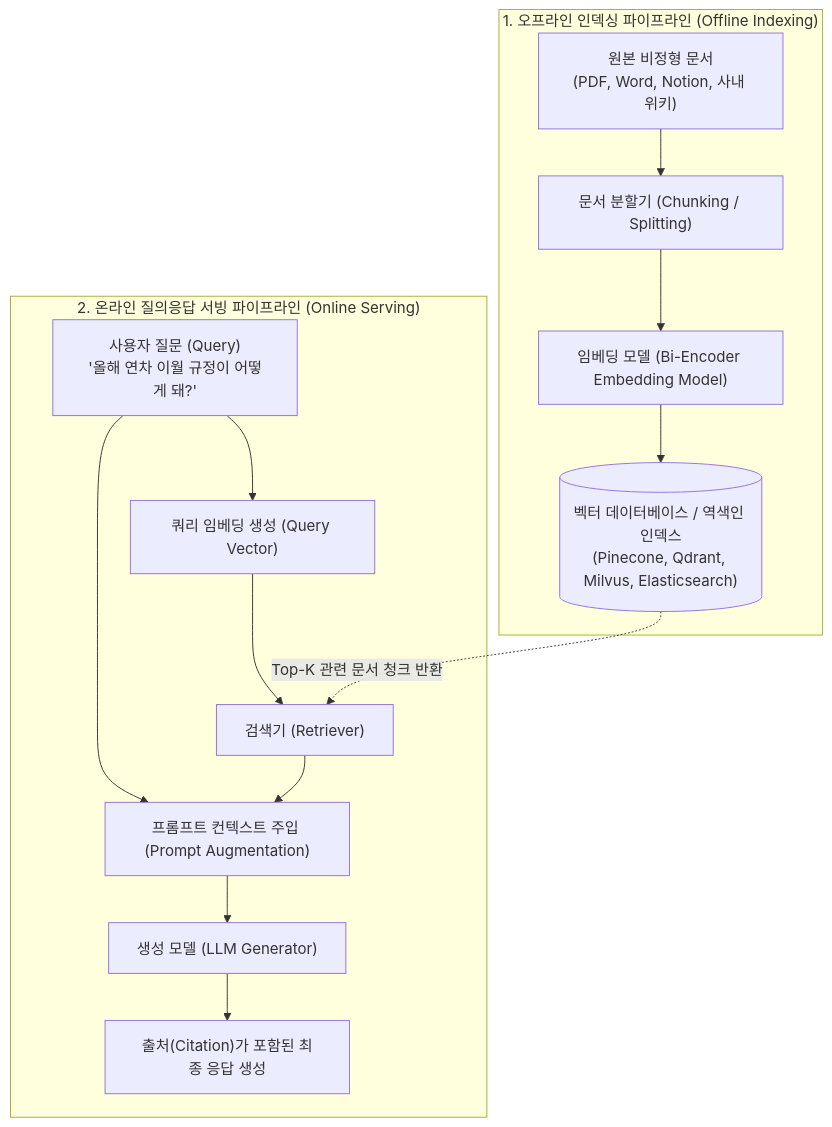
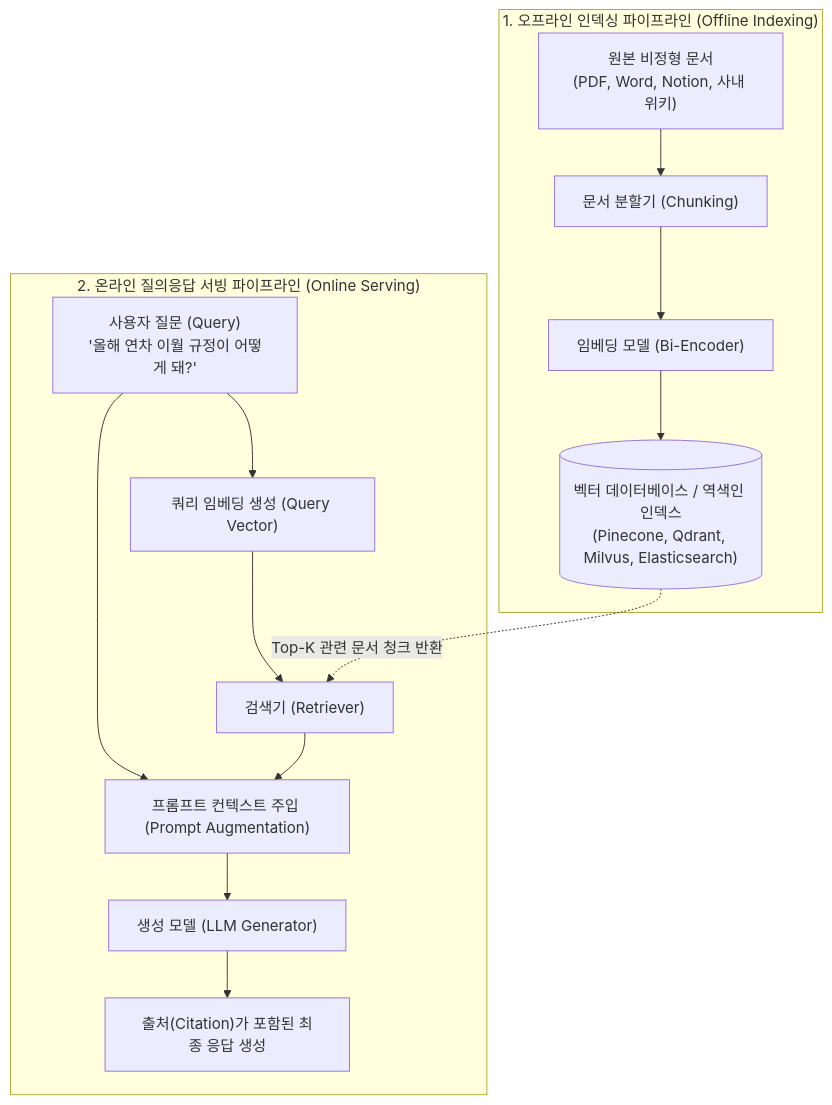
Before and after one commit to sing-u8/AI-Engineering: the first of 3 diagrams in chapter-qa/ch06-rag-and-agents-qa/01-rag-architecture-and-retrieval-algorithms.md, drawn with Mermaid. The commit also changed other lines of this file, not shown here.

Commit message:
docs(ch06): enrich RAG architecture and retrieval algorithms with complete book formulas, PQ, and benchmarks

````diff
--- a/chapter-qa/ch06-rag-and-agents-qa/01-rag-architecture-and-retrieval-algorithms.md
+++ b/chapter-qa/ch06-rag-and-agents-qa/01-rag-architecture-and-retrieval-algorithms.md
@@ -54,18 +69,18 @@
 ```mermaid
 flowchart TD
     subgraph Offline["1. 오프라인 인덱싱 파이프라인 (Offline Indexing)"]
-        RawDocs["원본 비정형 문서\n(PDF, Word, Notion, 사내 위키)"] --> Splitter["문서 분할기 (Chunking / Splitting)"]
-        Splitter --> Embed["임베딩 모델 (Bi-Encoder Embedding Model)"]
+        RawDocs["원본 비정형 문서\n(PDF, Word, Notion, 사내 위키)"] --> Splitter["문서 분할기 (Chunking)"]
+        Splitter --> Embed["임베딩 모델 (Bi-Encoder)"]
         Embed --> VectorDB[("벡터 데이터베이스 / 역색인 인덱스\n(Pinecone, Qdrant, Milvus, Elasticsearch)")]
     end
 
     subgraph Online["2. 온라인 질의응답 서빙 파이프라인 (Online Serving)"]
         UserQ["사용자 질문 (Query)\n'올해 연차 이월 규정이 어떻게 돼?'"] --> QEmbed["쿼리 임베딩 생성 (Query Vector)"]
         QEmbed --> Ret["검색기 (Retriever)"]
         VectorDB -.->|Top-K 관련 문서 청크 반환| Ret
         Ret --> Augment["프롬프트 컨텍스트 주입 (Prompt Augmentation)"]
         UserQ --> Augment
         Augment --> Gen["생성 모델 (LLM Generator)"]
         Gen --> Output["출처(Citation)가 포함된 최종 응답 생성"]
     end
 ```
````
